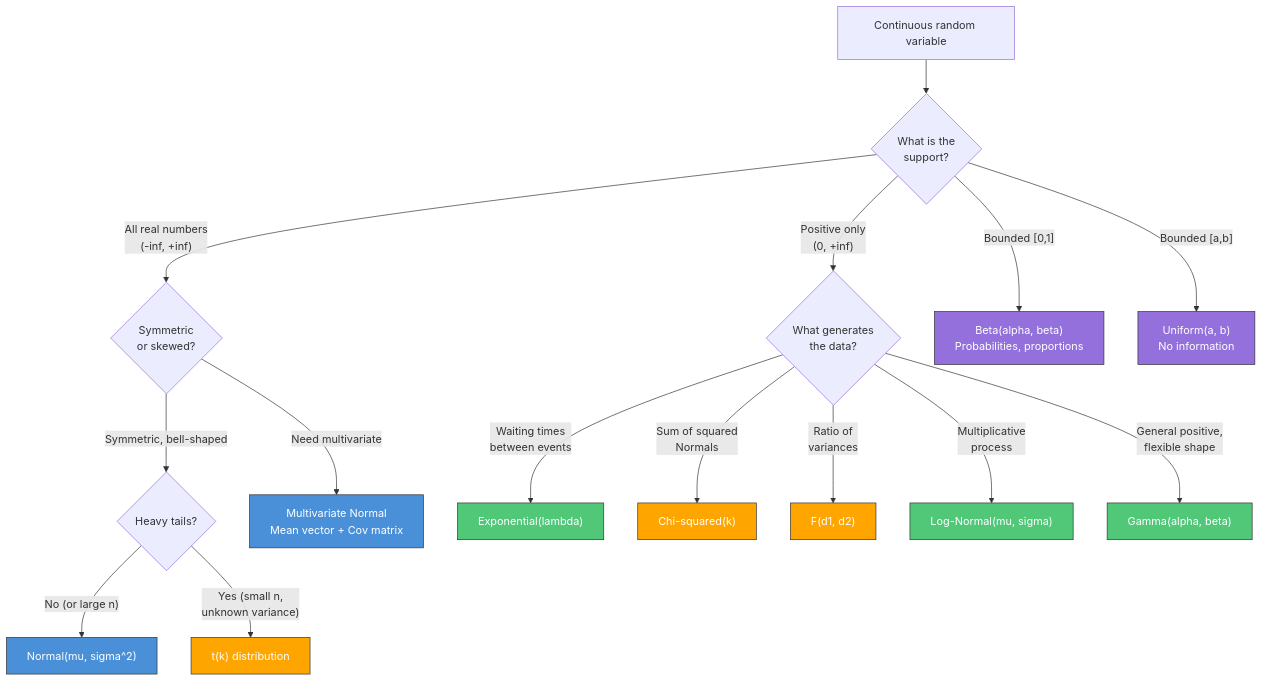
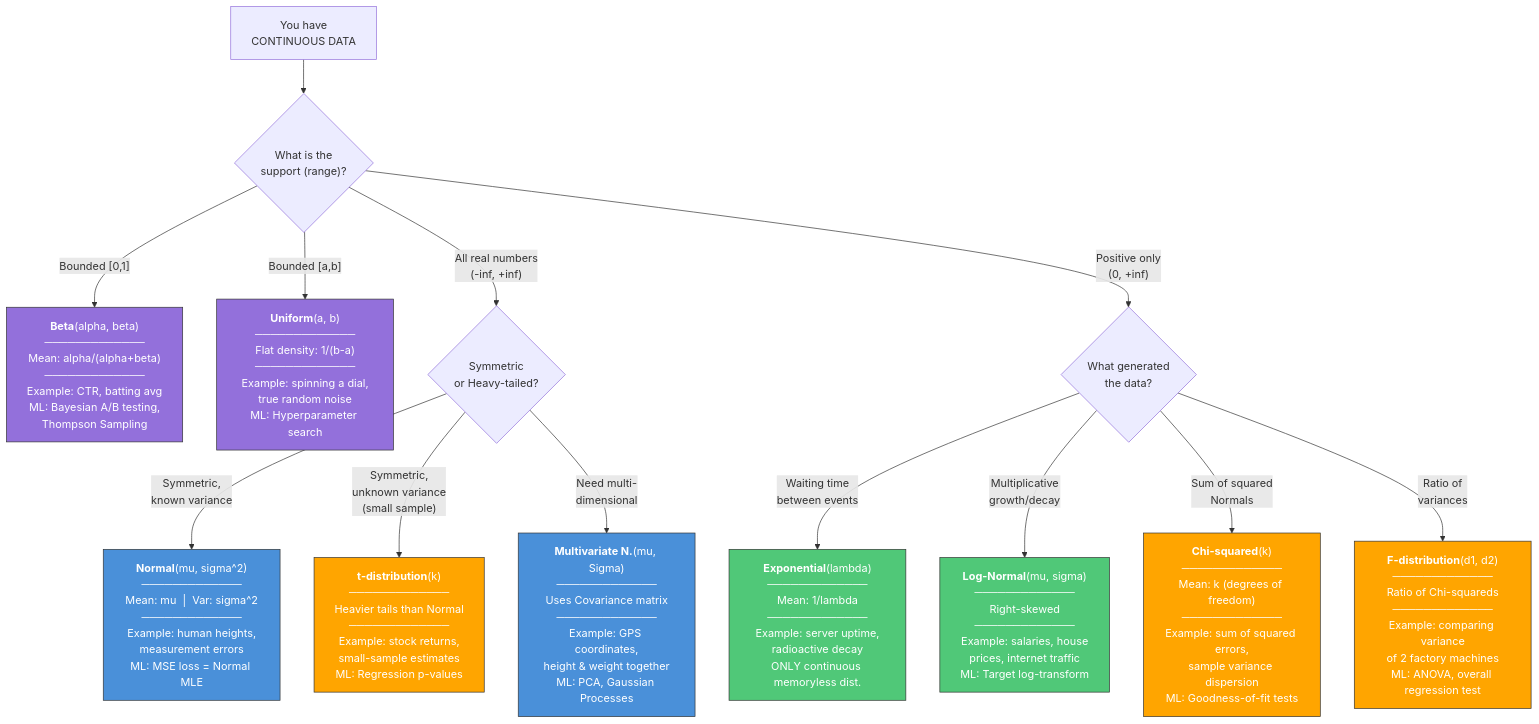
One commit to MKamel1/tech-study changed the second of 5 diagrams in probability_statistics_linearAlgebra_foundations/22_distributions.md. Above: the diagram before and after it, drawn with Mermaid. The commit also changed other lines of this file and 2 other files, not shown here.

````diff
--- a/probability_statistics_linearAlgebra_foundations/22_distributions.md
+++ b/probability_statistics_linearAlgebra_foundations/22_distributions.md
@@ -1327,34 +1712,37 @@
 ```mermaid
 flowchart TD
-    START["Continuous random variable"]
+    START["You have<br/>CONTINUOUS DATA"]
     
-    START --> Q1{"What is the<br/>support?"}
+    START --> Q1{"What is the<br/>support (range)?"}
     
-    Q1 -->|"All real numbers<br/>(-inf, +inf)"| Q2{"Symmetric<br/>or skewed?"}
-    Q1 -->|"Positive only<br/>(0, +inf)"| Q3{"What generates<br/>the data?"}
-    Q1 -->|"Bounded [0,1]"| BETA["Beta(alpha, beta)<br/>Probabilities, proportions"]
-    Q1 -->|"Bounded [a,b]"| UNIF["Uniform(a, b)<br/>No information"]
+    Q1 -->|"Bounded [0,1]"| BETA["<strong>Beta</strong>(alpha, beta)<br/>─────────────<br/>Mean: alpha/(alpha+beta)<br/>─────────────<br/>Example: CTR, batting avg<br/>ML: Bayesian A/B testing,<br/>Thompson Sampling"]
     
-    Q2 -->|"Symmetric, bell-shaped"| Q4{"Heavy tails?"}
-    Q2 -->|"Need multivariate"| MVN["Multivariate Normal<br/>Mean vector + Cov matrix"]
+    Q1 -->|"Bounded [a,b]"| UNIF["<strong>Uniform</strong>(a, b)<br/>─────────────<br/>Flat density: 1/(b-a)<br/>─────────────<br/>Example: spinning a dial,<br/>true random noise<br/>ML: Hyperparameter search"]
     
-    Q4 -->|"No (or large n)"| NORM["Normal(mu, sigma^2)"]
-    Q4 -->|"Yes (small n,<br/>unknown variance)"| TDIST["t(k) distribution"]
+    Q1 -->|"All real numbers<br/>(-inf, +inf)"| Q2{"Symmetric<br/>or Heavy-tailed?"}
+    Q1 -->|"Positive only<br/>(0, +inf)"| Q3{"What generated<br/>the data?"}
     
-    Q3 -->|"Waiting times<br/>between events"| EXP["Exponential(lambda)"]
-    Q3 -->|"Sum of squared<br/>Normals"| CHI["Chi-squared(k)"]
-    Q3 -->|"Ratio of<br/>variances"| FDIST["F(d1, d2)"]
-    Q3 -->|"Multiplicative<br/>process"| LOGN["Log-Normal(mu, sigma)"]
-    Q3 -->|"General positive,<br/>flexible shape"| GAMMA["Gamma(alpha, beta)"]
+    Q2 -->|"Symmetric,<br/>known variance"| NORM["<strong>Normal</strong>(mu, sigma^2)<br/>─────────────<br/>Mean: mu  |  Var: sigma^2<br/>─────────────<br/>Example: human heights,<br/>measurement errors<br/>ML: MSE loss = Normal MLE"]
     
+    Q2 -->|"Symmetric,<br/>unknown variance<br/>(small sample)"| TDIST["<strong>t-distribution</strong>(k)<br/>─────────────<br/>Heavier tails than Normal<br/>─────────────<br/>Example: stock returns,<br/>small-sample estimates<br/>ML: Regression p-values"]
+    
+    Q2 -->|"Need multi-<br/>dimensional"| MVN["<strong>Multivariate N.</strong>(mu, Sigma)<br/>─────────────<br/>Uses Covariance matrix<br/>─────────────<br/>Example: GPS coordinates,<br/>height & weight together<br/>ML: PCA, Gaussian Processes"]
+    
+    Q3 -->|"Waiting time<br/>between events"| EXP["<strong>Exponential</strong>(lambda)<br/>─────────────<br/>Mean: 1/lambda<br/>─────────────<br/>Example: server uptime,<br/>radioactive decay<br/>ONLY continuous memoryless dist."]
+    
+    Q3 -->|"Multiplicative<br/>growth/decay"| LOGN["<strong>Log-Normal</strong>(mu, sigma)<br/>─────────────<br/>Right-skewed<br/>─────────────<br/>Example: salaries, house<br/>prices, internet traffic<br/>ML: Target log-transform"]
+    
+    Q3 -->|"Sum of squared<br/>Normals"| CHI["<strong>Chi-squared</strong>(k)<br/>─────────────<br/>Mean: k (degrees of freedom)<br/>─────────────<br/>Example: sum of squared errors,<br/>sample variance dispersion<br/>ML: Goodness-of-fit tests"]
+    
+    Q3 -->|"Ratio of<br/>variances"| FDIST["<strong>F-distribution</strong>(d1, d2)<br/>─────────────<br/>Ratio of Chi-squareds<br/>─────────────<br/>Example: comparing variance<br/>of 2 factory machines<br/>ML: ANOVA, overall regression test"]
+
     style NORM fill:#4a90d9,stroke:#333,color:#fff
     style MVN fill:#4a90d9,stroke:#333,color:#fff
     style EXP fill:#50c878,stroke:#333,color:#fff
-    style GAMMA fill:#50c878,stroke:#333,color:#fff
     style LOGN fill:#50c878,stroke:#333,color:#fff
     style CHI fill:#ffa500,stroke:#333,color:#fff
     style TDIST fill:#ffa500,stroke:#333,color:#fff
     style FDIST fill:#ffa500,stroke:#333,color:#fff
     style BETA fill:#9370db,stroke:#333,color:#fff
     style UNIF fill:#9370db,stroke:#333,color:#fff
 ```
````
